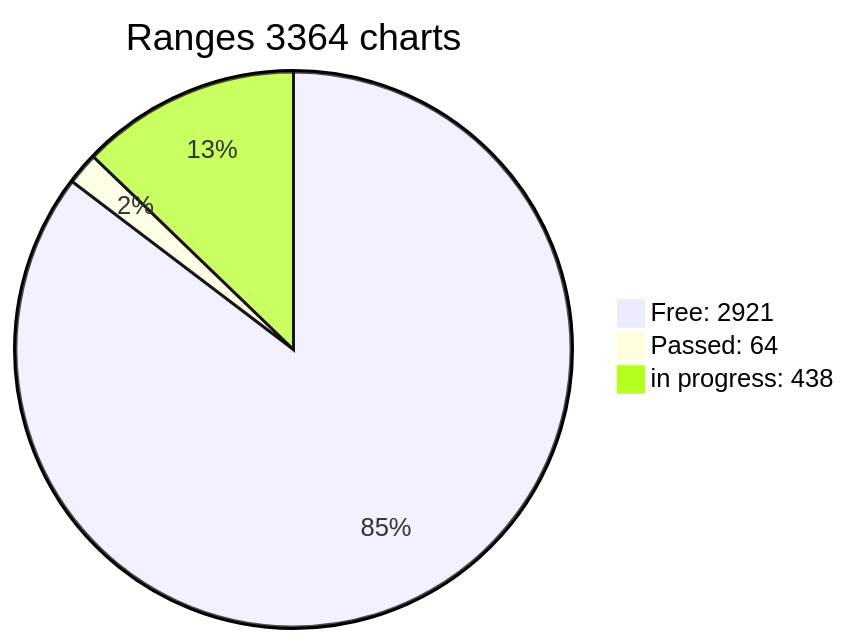
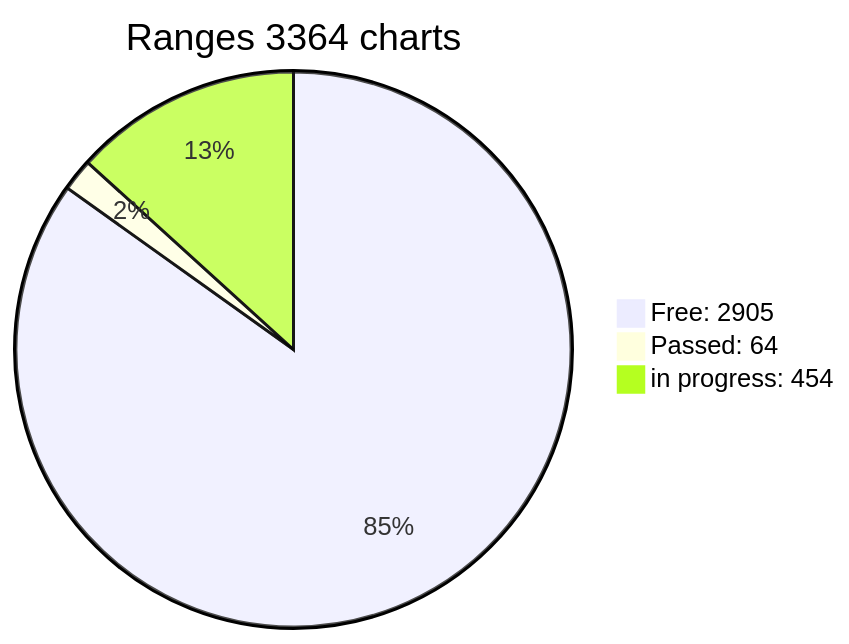
Before and after one commit to phrutis/wif500: the diagram in x64/Release/table.md, drawn with Mermaid. The commit also changed other lines of this file, not shown here.

````diff
--- a/x64/Release/table.md
+++ b/x64/Release/table.md
@@ -3,6 +3,6 @@
 ```mermaid
 pie title Ranges 3364 charts
-"Free: 2921" : 2921
+"Free: 2905" : 2905
 "Passed: 64" : 64
-"in progress: 438" : 438
+"in progress: 454" : 454
 ```  
````
